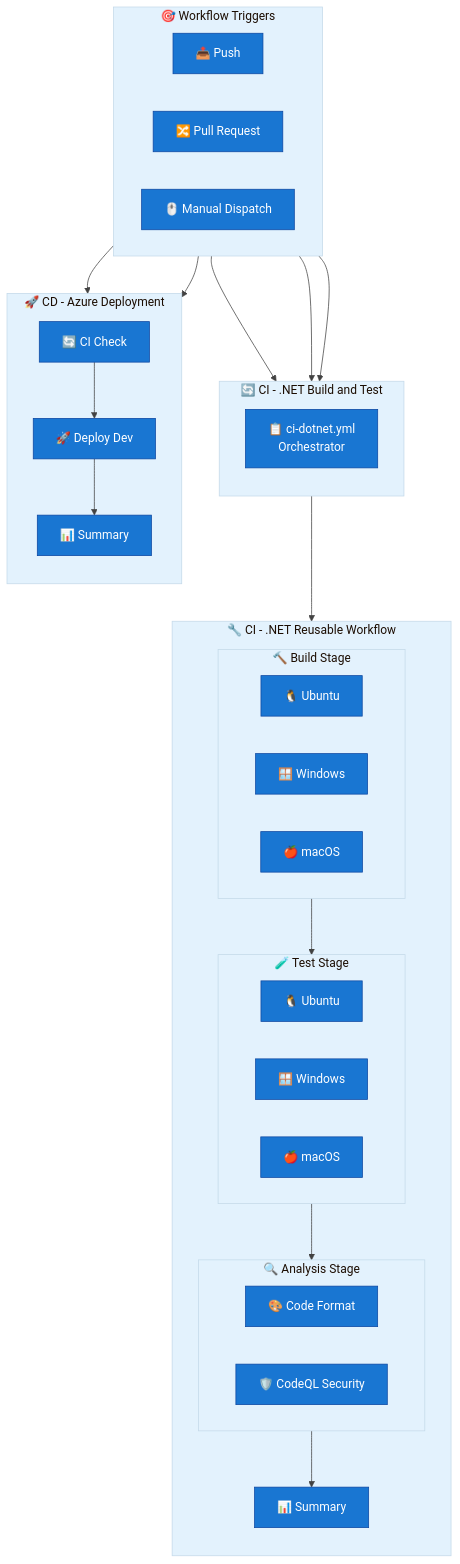
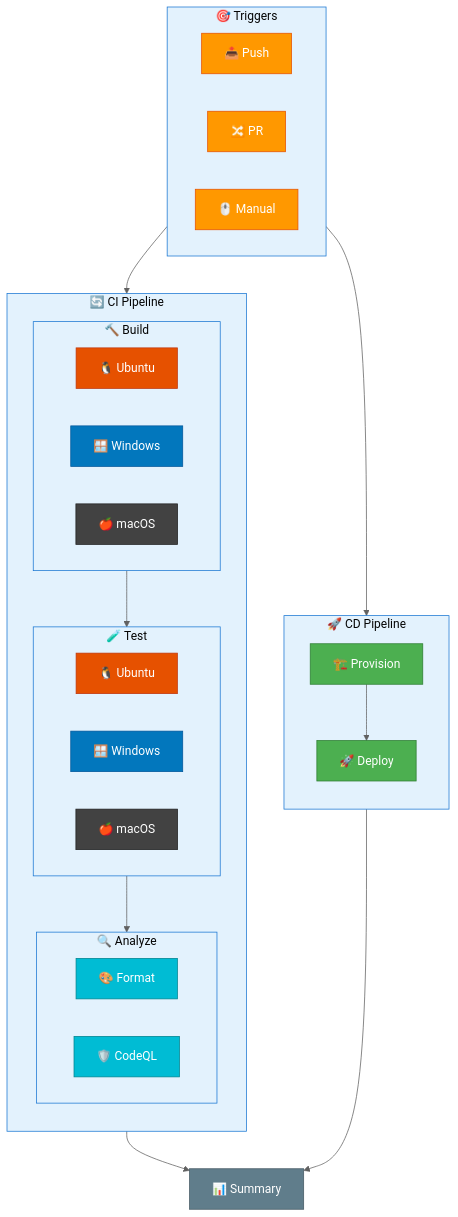
One commit to Evilazaro/Azure-LogicApps-Monitoring changed the diagram in docs/workflows/README.md. Above: the diagram before and after it, drawn with Mermaid. The commit also changed 1 other file, not shown here.

Commit message:
docs: Update CI/CD workflow diagrams for clarity and consistency

````diff
--- a/docs/workflows/README.md
+++ b/docs/workflows/README.md
@@ -40,57 +40,59 @@
 ```mermaid
-%%{init: {'theme': 'base', 'themeVariables': { 'primaryColor': '#1976D2', 'primaryTextColor': '#FFFFFF', 'primaryBorderColor': '#0D47A1', 'lineColor': '#424242', 'secondaryColor': '#F5F5F5', 'tertiaryColor': '#E3F2FD'}}}%%
+%%{init: {'theme': 'base', 'themeVariables': { 'primaryColor': '#1976D2', 'primaryTextColor': '#FFFFFF', 'primaryBorderColor': '#0D47A1', 'lineColor': '#616161', 'secondaryColor': '#E3F2FD', 'tertiaryColor': '#FAFAFA', 'clusterBkg': '#E3F2FD', 'clusterBorder': '#1976D2'}}}%%
 flowchart TB
-    subgraph workflow-trigger ["🎯 Workflow Triggers"]
+    subgraph triggers ["🎯 Triggers"]
         direction LR
-        trigger-push["📤 Push"]
-        trigger-pr["🔀 Pull Request"]
-        trigger-dispatch["🖱️ Manual Dispatch"]
+        push["📤 Push"]
+        pr["🔀 PR"]
+        manual["🖱️ Manual"]
     end
 
-    subgraph ci-workflow ["🔄 CI - .NET Build and Test"]
+    subgraph ci ["🔄 CI Pipeline"]
         direction TB
-        ci-orchestrator["📋 ci-dotnet.yml<br/>Orchestrator"]
+        subgraph build ["🔨 Build"]
+            direction LR
+            b-ubuntu["🐧 Ubuntu"]
+            b-windows["🪟 Windows"]
+            b-macos["🍎 macOS"]
+        end
+        subgraph test ["🧪 Test"]
+            direction LR
+            t-ubuntu["🐧 Ubuntu"]
+            t-windows["🪟 Windows"]
+            t-macos["🍎 macOS"]
+        end
+        subgraph analyze ["🔍 Analyze"]
+            format["🎨 Format"]
+            codeql["🛡️ CodeQL"]
+        end
     end
 
-    subgraph ci-reusable ["🔧 CI - .NET Reusable Workflow"]
+    subgraph cd ["🚀 CD Pipeline"]
         direction TB
-        subgraph build-stage ["🔨 Build Stage"]
-            direction LR
-            build-ubuntu["🐧 Ubuntu"]
-            build-windows["🪟 Windows"]
-            build-macos["🍎 macOS"]
-        end
-        subgraph test-stage ["🧪 Test Stage"]
-            direction LR
-            test-ubuntu["🐧 Ubuntu"]
-            test-windows["🪟 Windows"]
-            test-macos["🍎 macOS"]
-        end
-        subgraph analysis-stage ["🔍 Analysis Stage"]
-            analyze-job["🎨 Code Format"]
-            codeql-job["🛡️ CodeQL Security"]
-        end
-        ci-summary["📊 Summary"]
+        provision["🏗️ Provision"]
+        deploy["🚀 Deploy"]
     end
 
-    subgraph cd-workflow ["🚀 CD - Azure Deployment"]
-        direction TB
-        cd-ci["🔄 CI Check"]
-        cd-deploy["🚀 Deploy Dev"]
-        cd-summary["📊 Summary"]
-    end
+    summary["📊 Summary"]
 
-    trigger-push --> ci-workflow
-    trigger-pr --> ci-workflow
-    trigger-dispatch --> ci-workflow
-    trigger-push --> cd-workflow
-    trigger-dispatch --> cd-workflow
+    triggers --> ci
+    triggers --> cd
+    build --> test --> analyze
+    ci --> summary
+    provision --> deploy --> summary
 
-    ci-orchestrator --> ci-reusable
-    build-stage --> test-stage
-    test-stage --> analysis-stage
-    analysis-stage --> ci-summary
-
-    cd-ci --> cd-deploy
-    cd-deploy --> cd-summary
+    style push fill:#FF9800,stroke:#E65100,color:#fff
+    style pr fill:#FF9800,stroke:#E65100,color:#fff
+    style manual fill:#FF9800,stroke:#E65100,color:#fff
+    style b-ubuntu fill:#E65100,stroke:#BF360C,color:#fff
+    style b-windows fill:#0277BD,stroke:#01579B,color:#fff
+    style b-macos fill:#424242,stroke:#212121,color:#fff
+    style t-ubuntu fill:#E65100,stroke:#BF360C,color:#fff
+    style t-windows fill:#0277BD,stroke:#01579B,color:#fff
+    style t-macos fill:#424242,stroke:#212121,color:#fff
+    style format fill:#00BCD4,stroke:#00838F,color:#fff
+    style codeql fill:#00BCD4,stroke:#00838F,color:#fff
+    style provision fill:#4CAF50,stroke:#2E7D32,color:#fff
+    style deploy fill:#4CAF50,stroke:#2E7D32,color:#fff
+    style summary fill:#607D8B,stroke:#455A64,color:#fff
 ```
````
